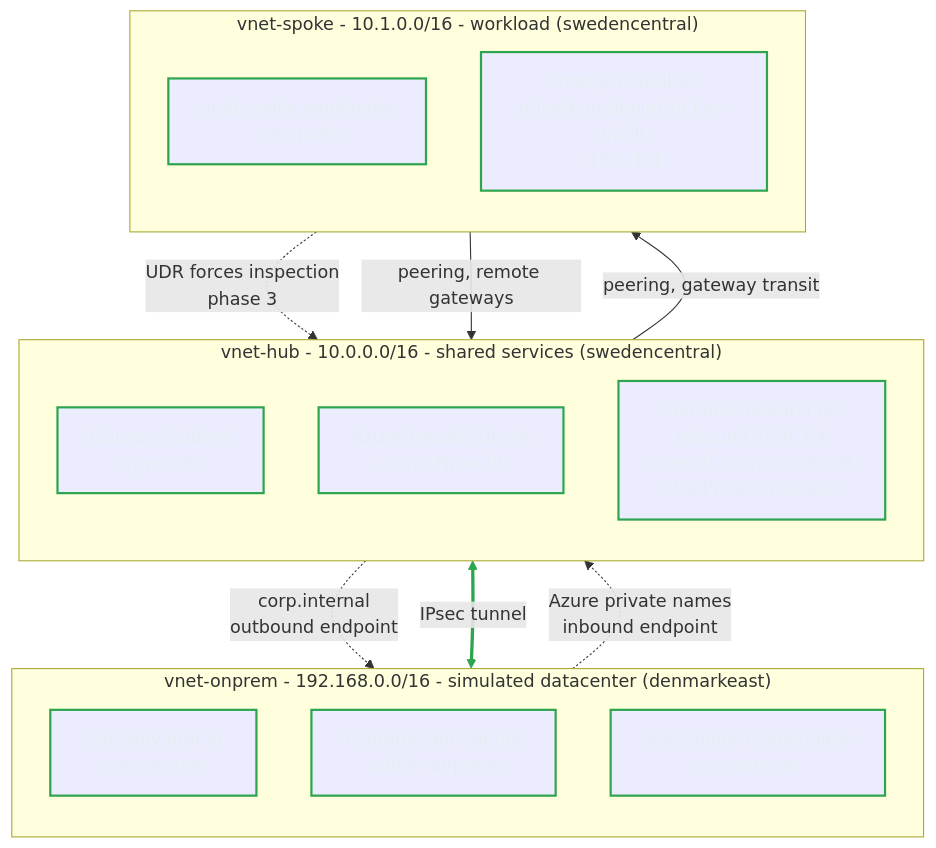
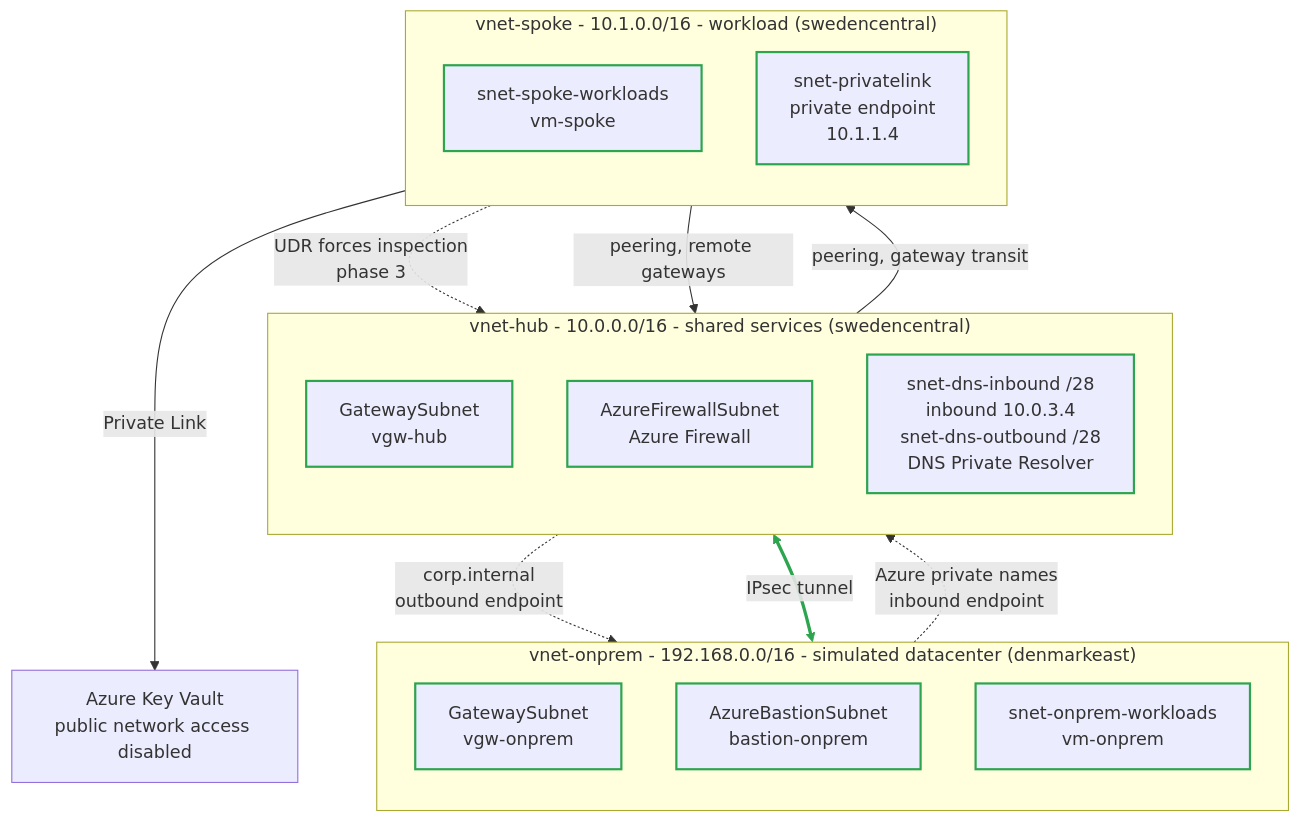
Before and after one commit to sindredg/hybrid-network-az: the diagram in README.md, drawn with Mermaid. The commit also changed other lines of this file and 6 other files, not shown here.

````diff
--- a/README.md
+++ b/README.md
@@ -34,33 +34,36 @@
 ```mermaid
 flowchart TB
     subgraph OP["vnet-onprem - 192.168.0.0/16 - simulated datacenter (denmarkeast)"]
         direction TB
         OGW["GatewaySubnet<br/>vgw-onprem"]
-        HBA["AzureBastionSubnet<br/>admin-onprem"]
+        HBA["AzureBastionSubnet<br/>bastion-onprem"]
         OVM["snet-onprem-workloads<br/>vm-onprem"]
     end
 
     subgraph HUB["vnet-hub - 10.0.0.0/16 - shared services (swedencentral)"]
         direction TB
         HGW["GatewaySubnet<br/>vgw-hub"]
         HFW["AzureFirewallSubnet<br/>Azure Firewall"]
         HDN["snet-dns-inbound /28<br/>inbound 10.0.3.4<br/>snet-dns-outbound /28<br/>DNS Private Resolver"]
     end
 
     subgraph SP["vnet-spoke - 10.1.0.0/16 - workload (swedencentral)"]
         direction TB
         SVM["snet-spoke-workloads<br/>vm-spoke"]
-        SPL["snet-privatelink<br/>private endpoint to Key Vault<br/>10.1.1.4"]
+        SPL["snet-privatelink<br/>private endpoint<br/>10.1.1.4"]
     end
+
+    KV["Azure Key Vault<br/>public network access disabled"]
 
     OGW <-->|"IPsec tunnel"| HGW
     HUB -->|"peering, gateway transit"| SP
     SP -->|"peering, remote gateways"| HUB
     SVM -.->|"UDR forces inspection<br/>phase 3"| HFW
     OVM -.->|"Azure private names<br/>inbound endpoint"| HDN
     HDN -.->|"corp.internal<br/>outbound endpoint"| OVM
+    SPL --->|"Private Link"| KV
 
-    classDef built stroke:#2da44e,stroke-width:2px,color:#e6edf3
+    classDef built stroke:#2da44e,stroke-width:2px
     class OGW,OVM,HGW,HBA,SVM,HFW,SPL,HDN built
     linkStyle 0 stroke-width:3px,stroke:#2da44e
 ```
````
